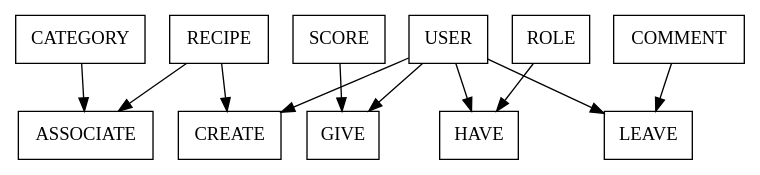
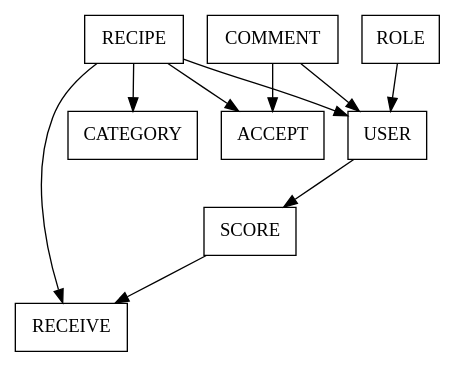
One commit to josephDelnord/cinesaveurs changed the diagram in conception/diagrammes/MCD/MCD_dependencies.gv. Above: the diagram before and after it, drawn with Graphviz. The commit also changed 29 other files, not shown here.

Commit message:
review MCD, MLD, Diagrammes, arborescence

```diff
--- a/conception/diagrammes/MCD/MCD_dependencies.gv
+++ b/conception/diagrammes/MCD/MCD_dependencies.gv
@@ -1,15 +1,14 @@
 // Generated by Mocodo 4.2.11
 
 digraph {
   node [shape=box]
-  "RECIPE" -> "ASSOCIATE"
-  "CATEGORY" -> "ASSOCIATE"
-  "USER" -> "CREATE"
-  "RECIPE" -> "CREATE"
-  "USER" -> "GIVE"
-  "SCORE" -> "GIVE"
-  "USER" -> "HAVE"
-  "ROLE" -> "HAVE"
-  "USER" -> "LEAVE"
-  "COMMENT" -> "LEAVE"
+  "COMMENT" -> "ACCEPT"
+  "RECIPE" -> "ACCEPT"
+  "RECIPE" -> "CATEGORY"
+  "SCORE" -> "RECEIVE"
+  "RECIPE" -> "RECEIVE"
+  "USER" -> "SCORE"
+  "RECIPE" -> "USER"
+  "ROLE" -> "USER"
+  "COMMENT" -> "USER"
 }
```
